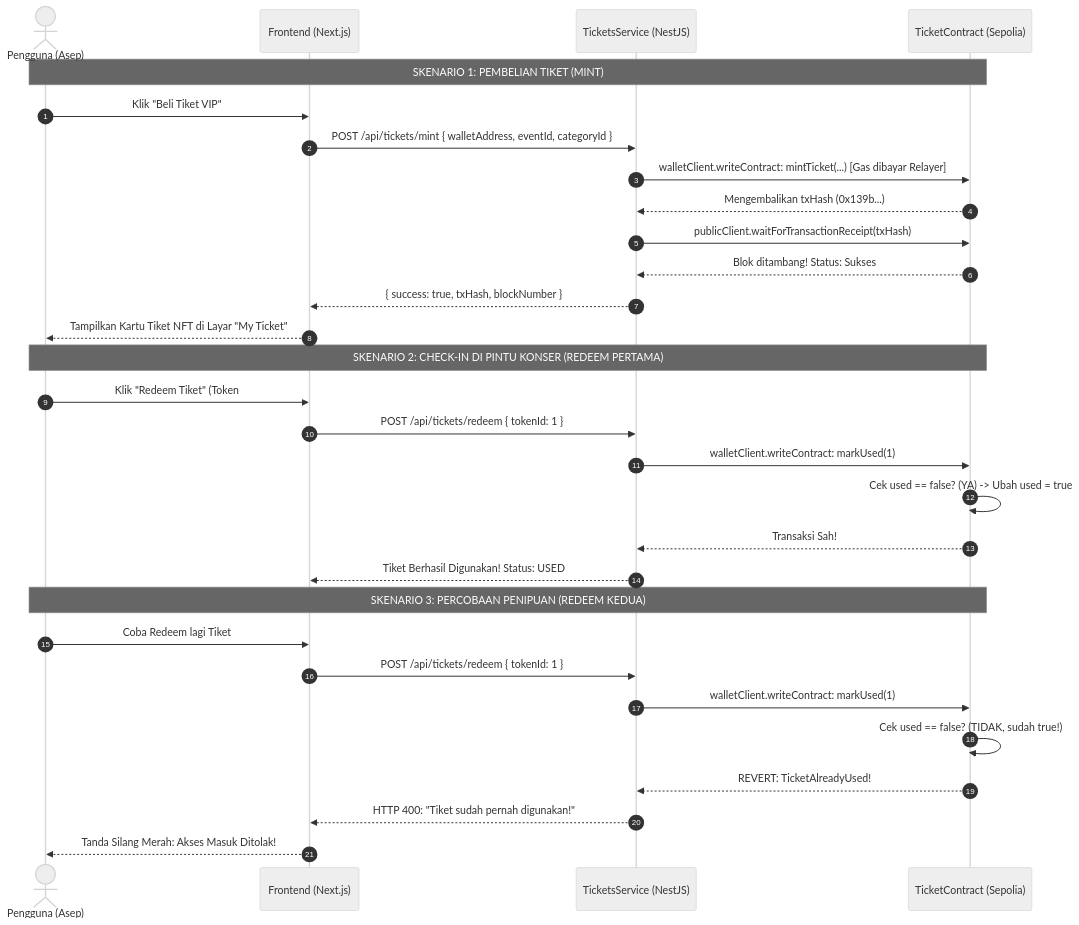
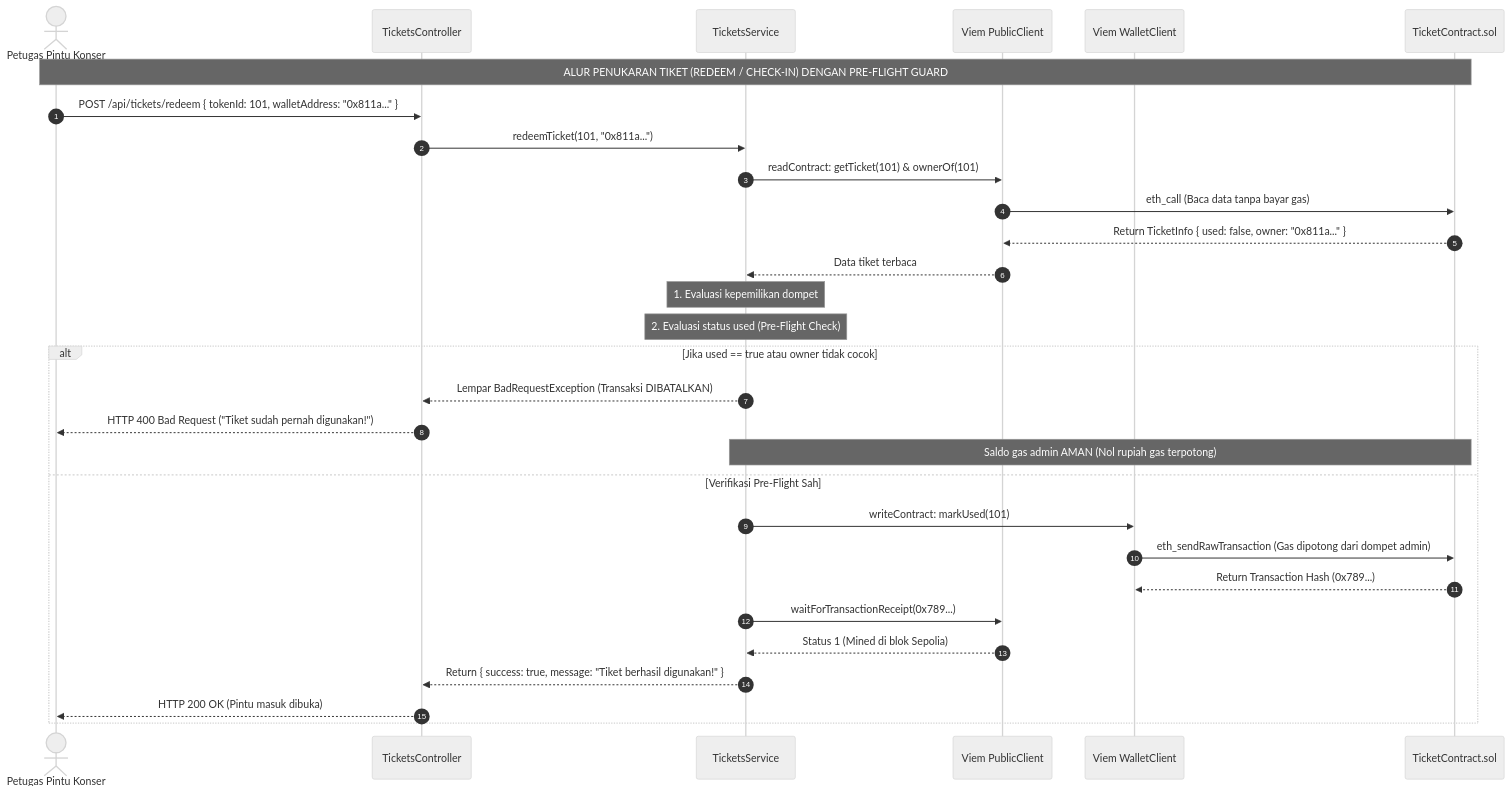
The second of 2 diagrams in explanation/10-tickets-service-relayer-deep-dive.md (Blurryface275/Project-TA-NFT-Marketplace), drawn with Mermaid (neutral theme) before and after one commit. The commit also changed other lines of this file and 21 other files, not shown here.

Commit message:
docs: add technical documentation and architectural explanation files for smart contract, database, and auth systems

````diff
--- a/explanation/10-tickets-service-relayer-deep-dive.md
+++ b/explanation/10-tickets-service-relayer-deep-dive.md
@@ -385,35 +118,36 @@
 ```mermaid
 sequenceDiagram
     autonumber
-    actor User as Pengguna (Asep)
-    participant UI as Frontend (Next.js)
-    participant Nest as TicketsService (NestJS)
-    participant SC as TicketContract (Sepolia)
+    actor GateStaff as Petugas Pintu Konser
+    participant Controller as TicketsController
+    participant Service as TicketsService
+    participant Public as Viem PublicClient
+    participant Wallet as Viem WalletClient
+    participant Contract as TicketContract.sol
 
-    Note over User,SC: SKENARIO 1: PEMBELIAN TIKET (MINT)
-    User->>UI: Klik "Beli Tiket VIP"
-    UI->>Nest: POST /api/tickets/mint { walletAddress, eventId, categoryId }
-    Nest->>SC: walletClient.writeContract: mintTicket(...) [Gas dibayar Relayer]
-    SC-->>Nest: Mengembalikan txHash (0x139b...)
-    Nest->>SC: publicClient.waitForTransactionReceipt(txHash)
-    SC-->>Nest: Blok ditambang! Status: Sukses
-    Nest-->>UI: { success: true, txHash, blockNumber }
-    UI-->>User: Tampilkan Kartu Tiket NFT di Layar "My Ticket"
-
-    Note over User,SC: SKENARIO 2: CHECK-IN DI PINTU KONSER (REDEEM PERTAMA)
-    User->>UI: Klik "Redeem Tiket" (Token #1)
-    UI->>Nest: POST /api/tickets/redeem { tokenId: 1 }
-    Nest->>SC: walletClient.writeContract: markUsed(1)
-    SC->>SC: Cek used == false? (YA) -> Ubah used = true
-    SC-->>Nest: Transaksi Sah!
-    Nest-->>UI: Tiket Berhasil Digunakan! Status: USED
-
-    Note over User,SC: SKENARIO 3: PERCOBAAN PENIPUAN (REDEEM KEDUA)
-    User->>UI: Coba Redeem lagi Tiket #1 yang sama
-    UI->>Nest: POST /api/tickets/redeem { tokenId: 1 }
-    Nest->>SC: walletClient.writeContract: markUsed(1)
-    SC->>SC: Cek used == false? (TIDAK, sudah true!)
-    SC-->>Nest: REVERT: TicketAlreadyUsed!
-    Nest-->>UI: HTTP 400: "Tiket sudah pernah digunakan!"
-    UI-->>User: Tanda Silang Merah: Akses Masuk Ditolak!
+    Note over GateStaff,Contract: ALUR PENUKARAN TIKET (REDEEM / CHECK-IN) DENGAN PRE-FLIGHT GUARD
+    GateStaff->>Controller: POST /api/tickets/redeem { tokenId: 101, walletAddress: "0x811a..." }
+    Controller->>Service: redeemTicket(101, "0x811a...")
+    
+    Service->>Public: readContract: getTicket(101) & ownerOf(101)
+    Public->>Contract: eth_call (Baca data tanpa bayar gas)
+    Contract-->>Public: Return TicketInfo { used: false, owner: "0x811a..." }
+    Public-->>Service: Data tiket terbaca
+    
+    Note over Service: 1. Evaluasi kepemilikan dompet
+    Note over Service: 2. Evaluasi status used (Pre-Flight Check)
+    alt Jika used == true atau owner tidak cocok
+        Service-->>Controller: Lempar BadRequestException (Transaksi DIBATALKAN)
+        Controller-->>GateStaff: HTTP 400 Bad Request ("Tiket sudah pernah digunakan!")
+        Note over Service,Contract: Saldo gas admin AMAN (Nol rupiah gas terpotong)
+    else Verifikasi Pre-Flight Sah
+        Service->>Wallet: writeContract: markUsed(101)
+        Wallet->>Contract: eth_sendRawTransaction (Gas dipotong dari dompet admin)
+        Contract-->>Wallet: Return Transaction Hash (0x789...)
+        
+        Service->>Public: waitForTransactionReceipt(0x789...)
+        Public-->>Service: Status 1 (Mined di blok Sepolia)
+        Service-->>Controller: Return { success: true, message: "Tiket berhasil digunakan!" }
+        Controller-->>GateStaff: HTTP 200 OK (Pintu masuk dibuka)
+    end
 ```
````
